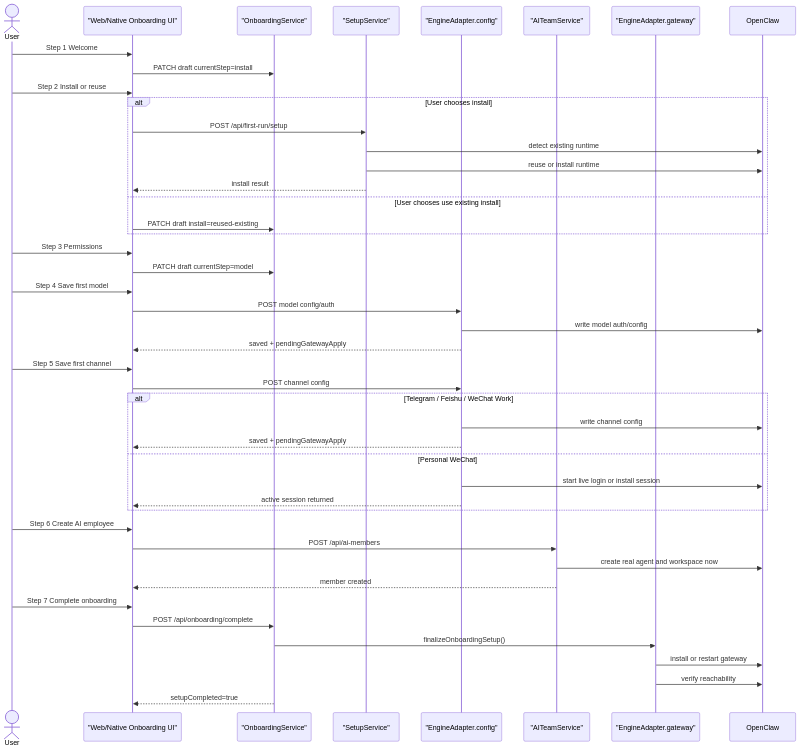
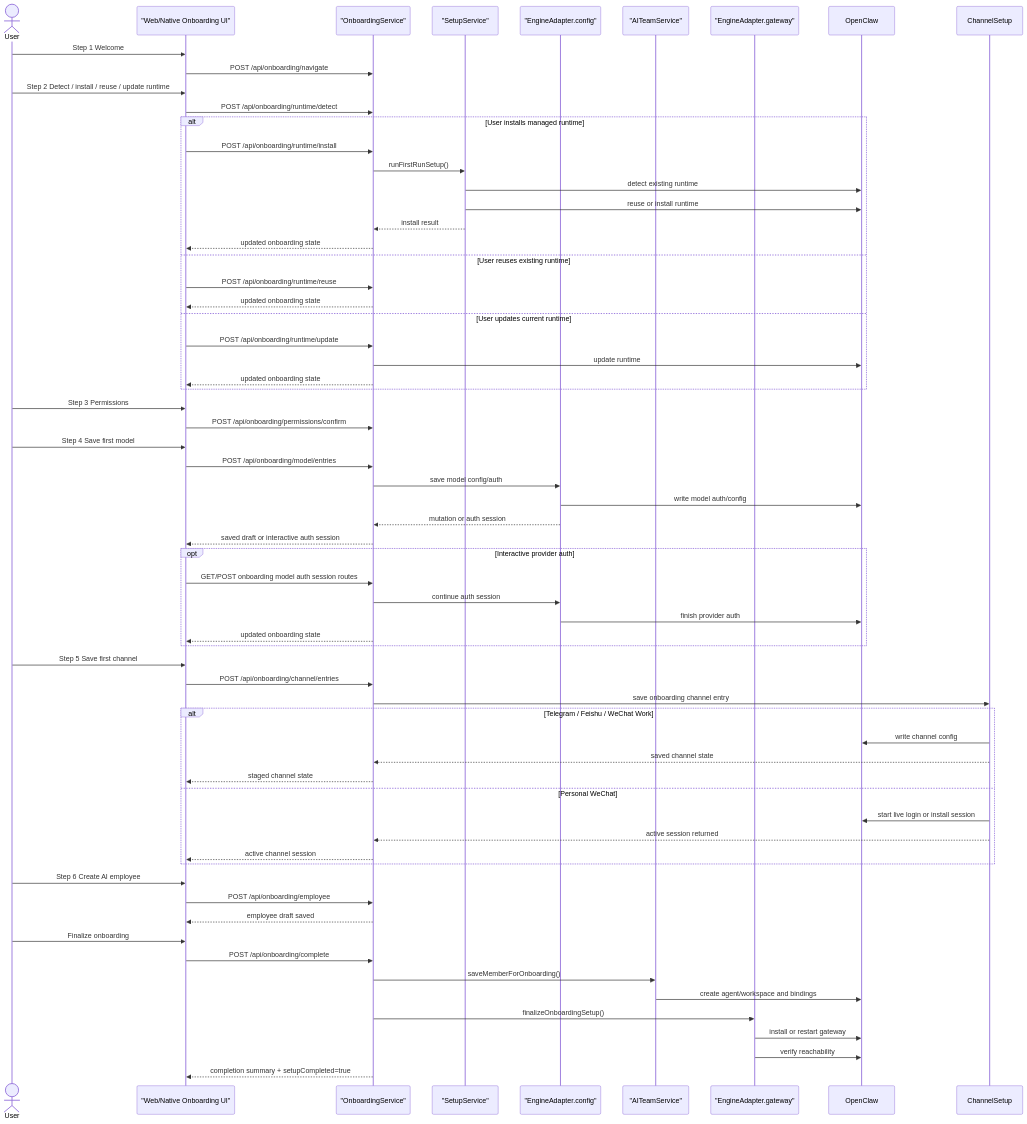
Before and after one commit to Jian130/slackclaw: the first of 2 diagrams in docs/reference/onboarding-design.md, drawn with Mermaid. The commit also changed other lines of this file and 227 other files, not shown here.

Commit message:
Finish ChillClaw rename across clients and docs

````diff
--- a/docs/reference/onboarding-design.md
+++ b/docs/reference/onboarding-design.md
@@ -68,54 +68,74 @@
 ```mermaid
 sequenceDiagram
     actor User
     participant UI as "Web/Native Onboarding UI"
     participant Onboarding as "OnboardingService"
     participant Setup as "SetupService"
     participant Config as "EngineAdapter.config"
     participant Team as "AITeamService"
     participant Gateway as "EngineAdapter.gateway"
     participant OpenClaw
 
     User->>UI: Step 1 Welcome
-    UI->>Onboarding: PATCH draft currentStep=install
+    UI->>Onboarding: POST /api/onboarding/navigate
 
-    User->>UI: Step 2 Install or reuse
-    alt User chooses install
-        UI->>Setup: POST /api/first-run/setup
+    User->>UI: Step 2 Detect / install / reuse / update runtime
+    UI->>Onboarding: POST /api/onboarding/runtime/detect
+    alt User installs managed runtime
+        UI->>Onboarding: POST /api/onboarding/runtime/install
+        Onboarding->>Setup: runFirstRunSetup()
         Setup->>OpenClaw: detect existing runtime
         Setup->>OpenClaw: reuse or install runtime
-        Setup-->>UI: install result
-    else User chooses use existing install
-        UI->>Onboarding: PATCH draft install=reused-existing
+        Setup-->>Onboarding: install result
+        Onboarding-->>UI: updated onboarding state
+    else User reuses existing runtime
+        UI->>Onboarding: POST /api/onboarding/runtime/reuse
+        Onboarding-->>UI: updated onboarding state
+    else User updates current runtime
+        UI->>Onboarding: POST /api/onboarding/runtime/update
+        Onboarding->>OpenClaw: update runtime
+        Onboarding-->>UI: updated onboarding state
     end
 
     User->>UI: Step 3 Permissions
-    UI->>Onboarding: PATCH draft currentStep=model
+    UI->>Onboarding: POST /api/onboarding/permissions/confirm
 
     User->>UI: Step 4 Save first model
-    UI->>Config: POST model config/auth
+    UI->>Onboarding: POST /api/onboarding/model/entries
+    Onboarding->>Config: save model config/auth
     Config->>OpenClaw: write model auth/config
-    Config-->>UI: saved + pendingGatewayApply
+    Config-->>Onboarding: mutation or auth session
+    Onboarding-->>UI: saved draft or interactive auth session
+    opt Interactive provider auth
+        UI->>Onboarding: GET/POST onboarding model auth session routes
+        Onboarding->>Config: continue auth session
+        Config->>OpenClaw: finish provider auth
+        Onboarding-->>UI: updated onboarding state
+    end
 
     User->>UI: Step 5 Save first channel
-    UI->>Config: POST channel config
+    UI->>Onboarding: POST /api/onboarding/channel/entries
+    Onboarding->>ChannelSetup: save onboarding channel entry
     alt Telegram / Feishu / WeChat Work
-        Config->>OpenClaw: write channel config
-        Config-->>UI: saved + pendingGatewayApply
+        ChannelSetup->>OpenClaw: write channel config
+        ChannelSetup-->>Onboarding: saved channel state
+        Onboarding-->>UI: staged channel state
     else Personal WeChat
-        Config->>OpenClaw: start live login or install session
-        Config-->>UI: active session returned
+        ChannelSetup->>OpenClaw: start live login or install session
+        ChannelSetup-->>Onboarding: active session returned
+        Onboarding-->>UI: active channel session
     end
 
     User->>UI: Step 6 Create AI employee
-    UI->>Team: POST /api/ai-members
-    Team->>OpenClaw: create real agent and workspace now
-    Team-->>UI: member created
+    UI->>Onboarding: POST /api/onboarding/employee
+    Onboarding-->>UI: employee draft saved
 
-    User->>UI: Step 7 Complete onboarding
+    User->>UI: Finalize onboarding
     UI->>Onboarding: POST /api/onboarding/complete
+    Onboarding->>Team: saveMemberForOnboarding()
+    Team->>OpenClaw: create agent/workspace and bindings
     Onboarding->>Gateway: finalizeOnboardingSetup()
     Gateway->>OpenClaw: install or restart gateway
     Gateway->>OpenClaw: verify reachability
-    Onboarding-->>UI: setupCompleted=true
+    Onboarding-->>UI: completion summary + setupCompleted=true
 ```
````
